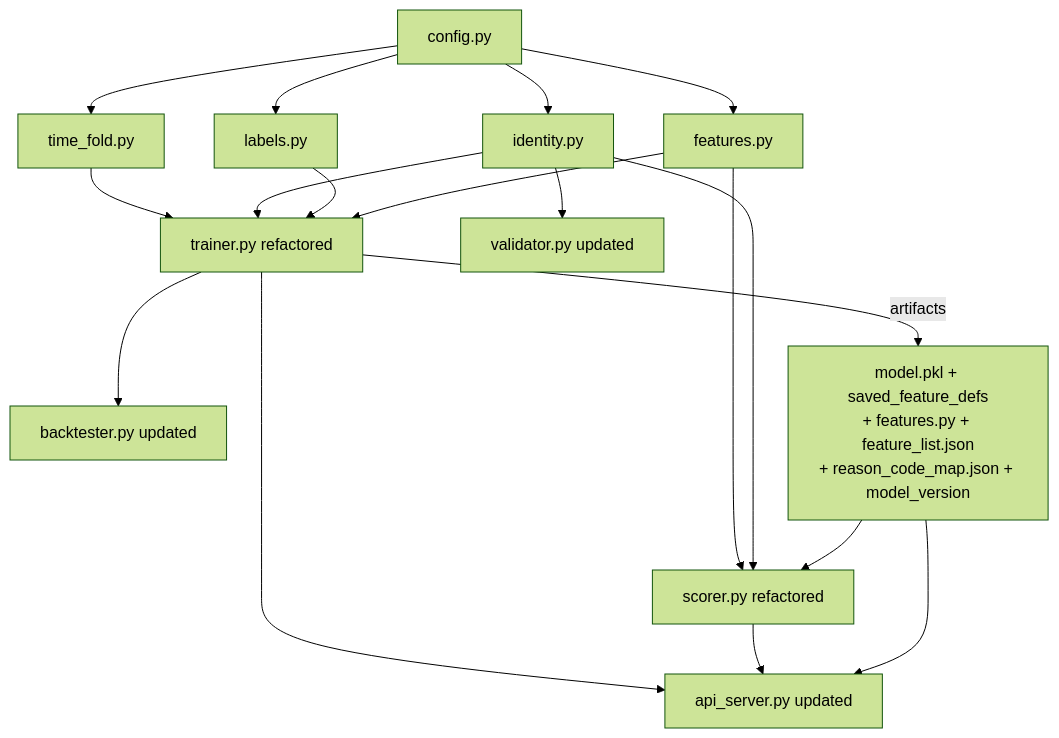
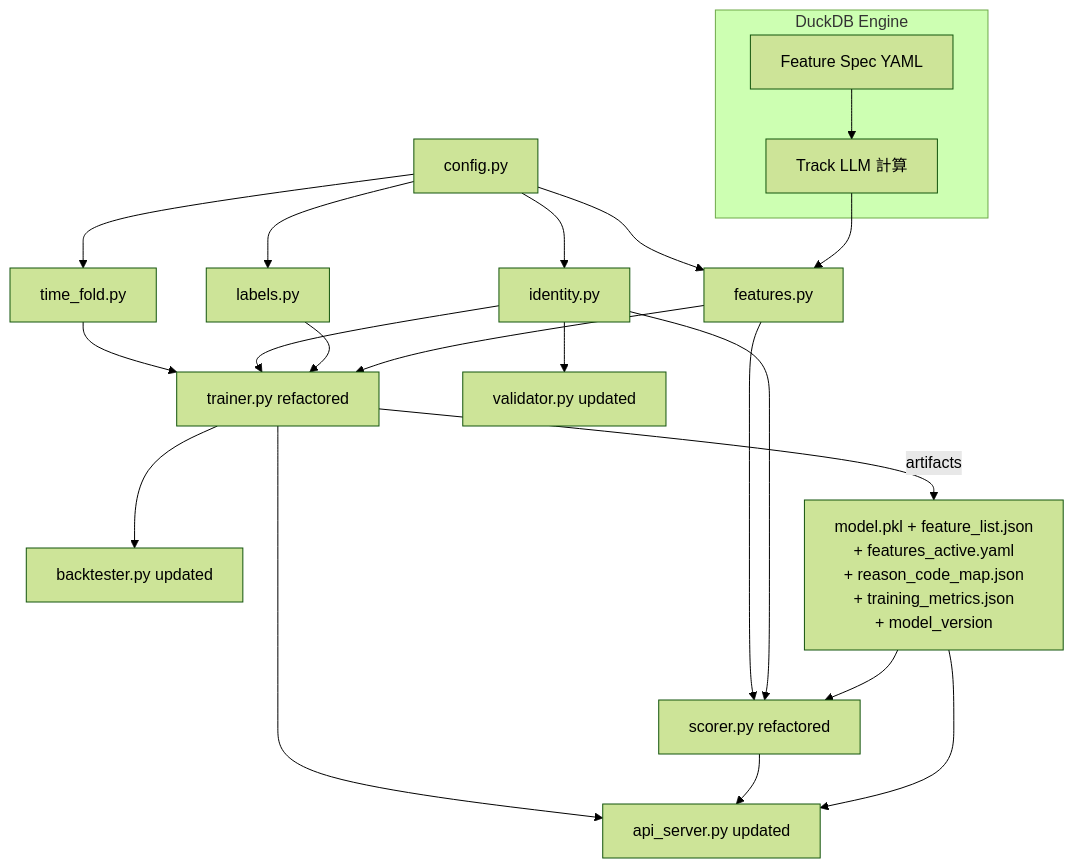
The diagram in .cursor/plans/PLAN.md (comsaint/Patron_Walkaway), drawn with Mermaid (forest theme) before and after one commit. The commit also changed other lines of this file and 38 other files, not shown here.

First line of the commit message:
Update README and decision logs to reflect changes in model architecture and feature engineering

````diff
--- a/.cursor/plans/PLAN.md
+++ b/.cursor/plans/PLAN.md
@@ -87,20 +130,24 @@
 ```mermaid
 flowchart TD
     config[config.py] --> time_fold[time_fold.py]
     config --> identity[identity.py]
     config --> labels[labels.py]
     config --> features[features.py]
     time_fold --> trainer_new[trainer.py refactored]
     identity --> trainer_new
     labels --> trainer_new
     features --> trainer_new
     features --> scorer_new[scorer.py refactored]
     identity --> scorer_new
     trainer_new --> backtester_new[backtester.py updated]
     trainer_new --> api_new[api_server.py updated]
     scorer_new --> api_new
     identity --> validator_new[validator.py updated]
-    trainer_new -->|artifacts| artifacts["model.pkl + saved_feature_defs\n+ features.py + feature_list.json\n+ reason_code_map.json + model_version"]
+    trainer_new -->|artifacts| artifacts["model.pkl + feature_list.json\n+ features_active.yaml\n+ reason_code_map.json\n+ training_metrics.json\n+ model_version"]
     artifacts --> scorer_new
     artifacts --> api_new
+    subgraph DuckDB[DuckDB Engine]
+        feature_spec[Feature Spec YAML] --> track_llm[Track LLM 計算]
+    end
+    track_llm --> features
 ```
````
